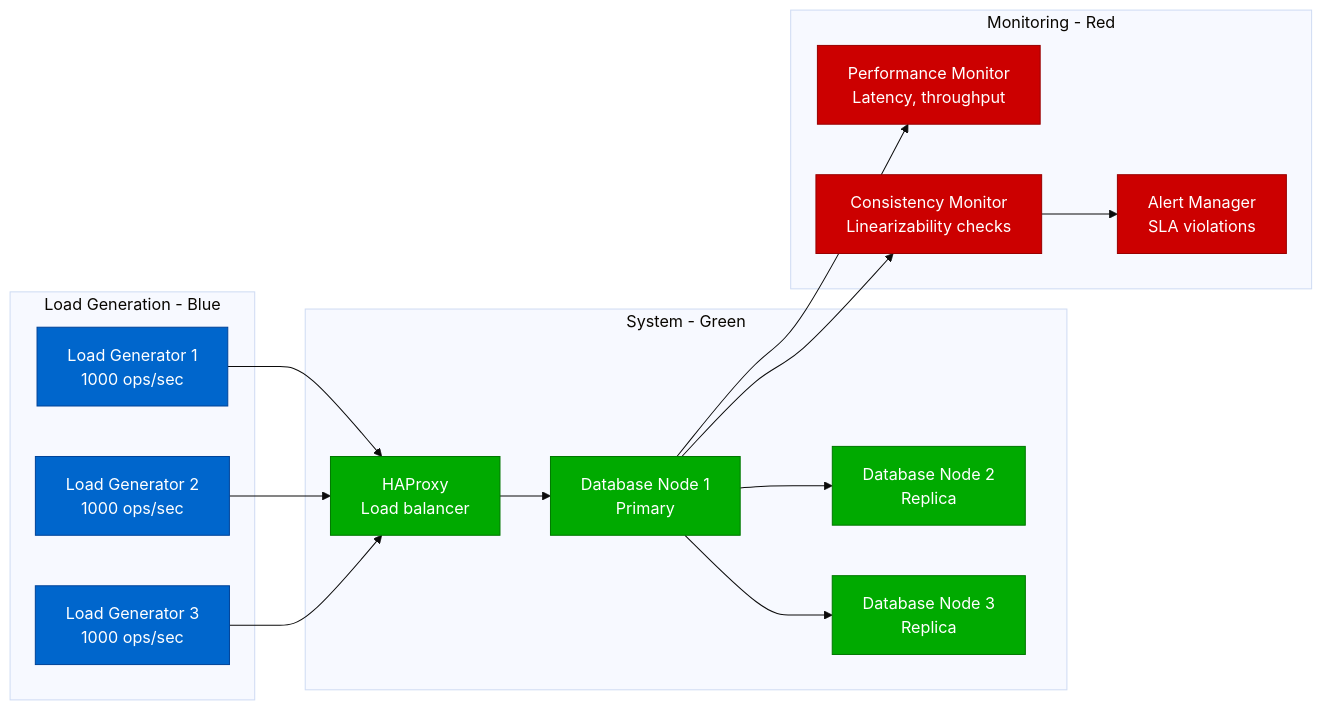
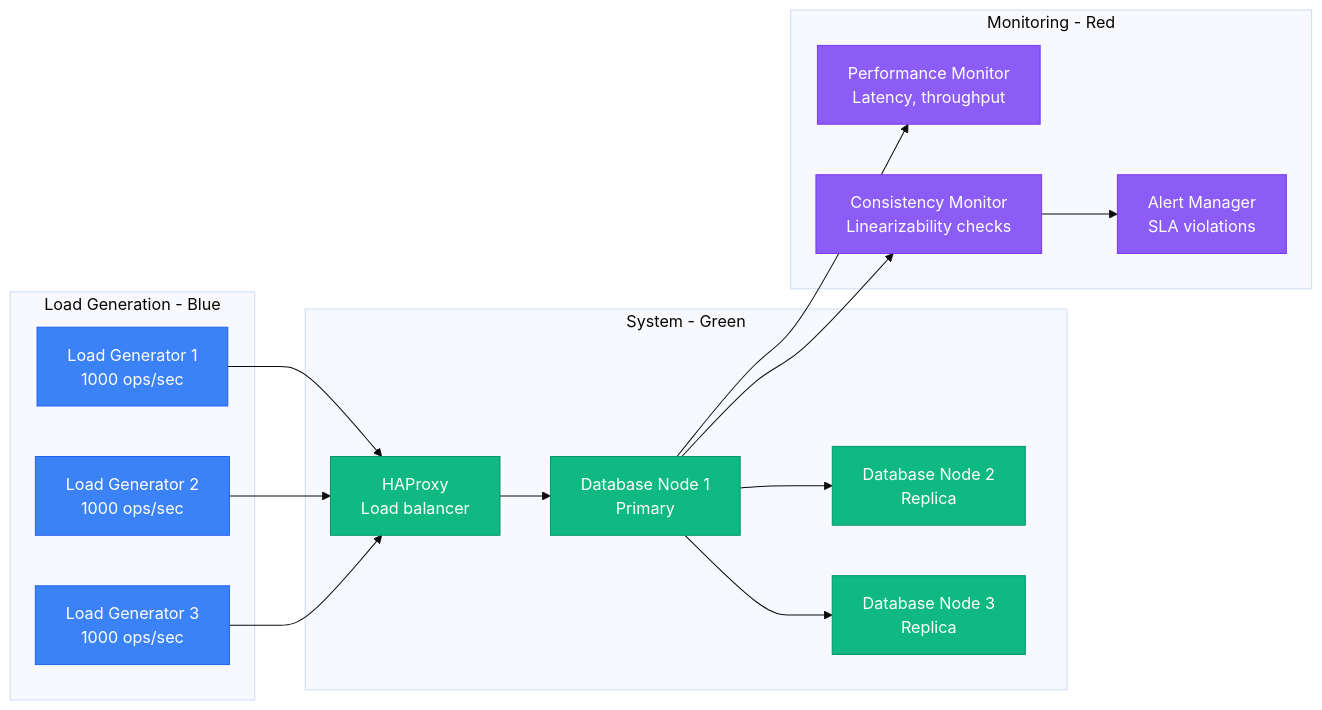
One commit to deepaucksharma/DS changed the sixth of 10 diagrams in site/docs/guarantees/linearizability/linearizability-verification.md. Above: the diagram before and after it, drawn with Mermaid (base theme). The commit also changed other lines of this file and 303 other files, not shown here.

````diff
--- a/site/docs/guarantees/linearizability/linearizability-verification.md
+++ b/site/docs/guarantees/linearizability/linearizability-verification.md
@@ -318,41 +318,41 @@
 ```mermaid
 graph LR
     subgraph LoadGeneration[Load Generation - Blue]
         LG1[Load Generator 1<br/>1000 ops/sec]
         LG2[Load Generator 2<br/>1000 ops/sec]
         LG3[Load Generator 3<br/>1000 ops/sec]
     end
 
     subgraph SystemUnderTest[System - Green]
         Proxy[HAProxy<br/>Load balancer]
         DB1[Database Node 1<br/>Primary]
         DB2[Database Node 2<br/>Replica]
         DB3[Database Node 3<br/>Replica]
     end
 
     subgraph Monitoring[Monitoring - Red]
         PM[Performance Monitor<br/>Latency, throughput]
         CM[Consistency Monitor<br/>Linearizability checks]
         AM[Alert Manager<br/>SLA violations]
     end
 
     LG1 --> Proxy
     LG2 --> Proxy
     LG3 --> Proxy
 
     Proxy --> DB1
     DB1 --> DB2
     DB1 --> DB3
 
     DB1 --> PM
     DB1 --> CM
     CM --> AM
 
-    classDef loadStyle fill:#0066CC,stroke:#004499,color:#fff
-    classDef systemStyle fill:#00AA00,stroke:#007700,color:#fff
-    classDef monitorStyle fill:#CC0000,stroke:#990000,color:#fff
+    classDef loadStyle fill:#3B82F6,stroke:#2563EB,color:#fff
+    classDef systemStyle fill:#10B981,stroke:#059669,color:#fff
+    classDef monitorStyle fill:#8B5CF6,stroke:#7C3AED,color:#fff
 
     class LG1,LG2,LG3 loadStyle
     class Proxy,DB1,DB2,DB3 systemStyle
     class PM,CM,AM monitorStyle
 ```
````
